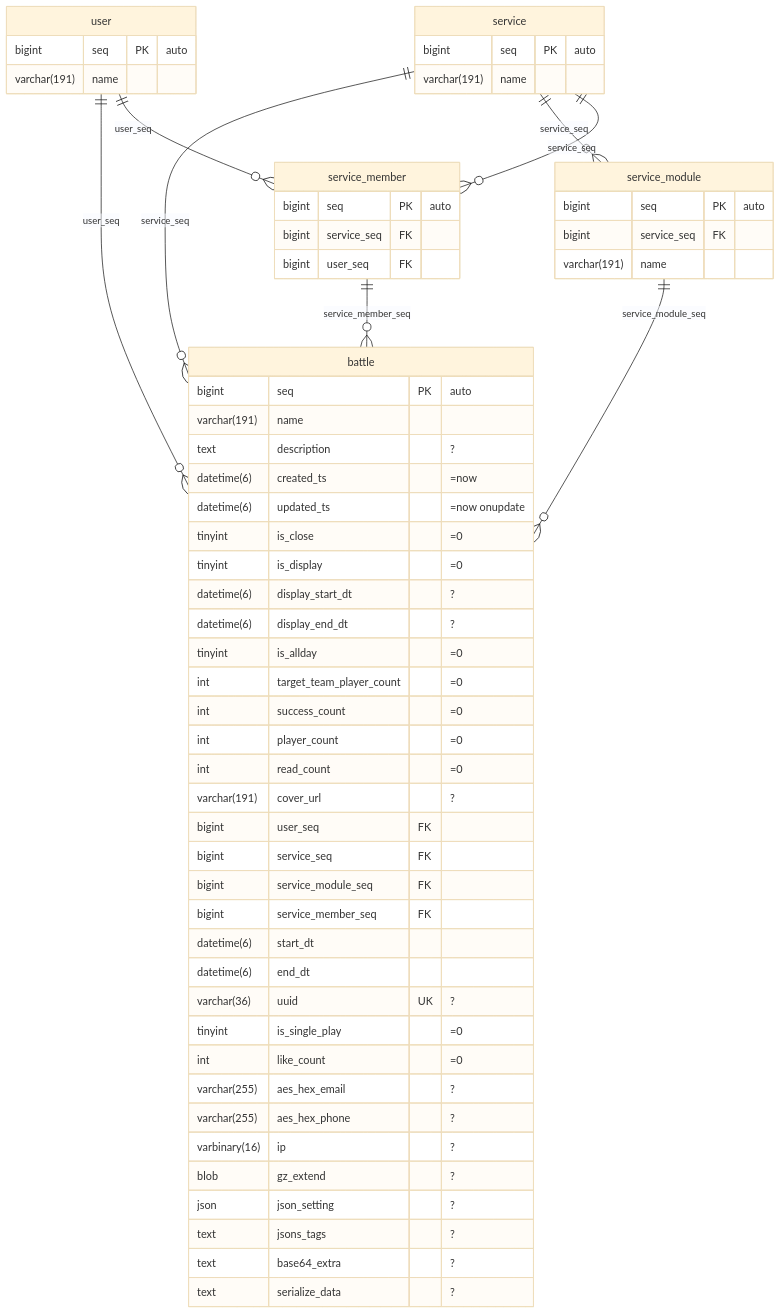
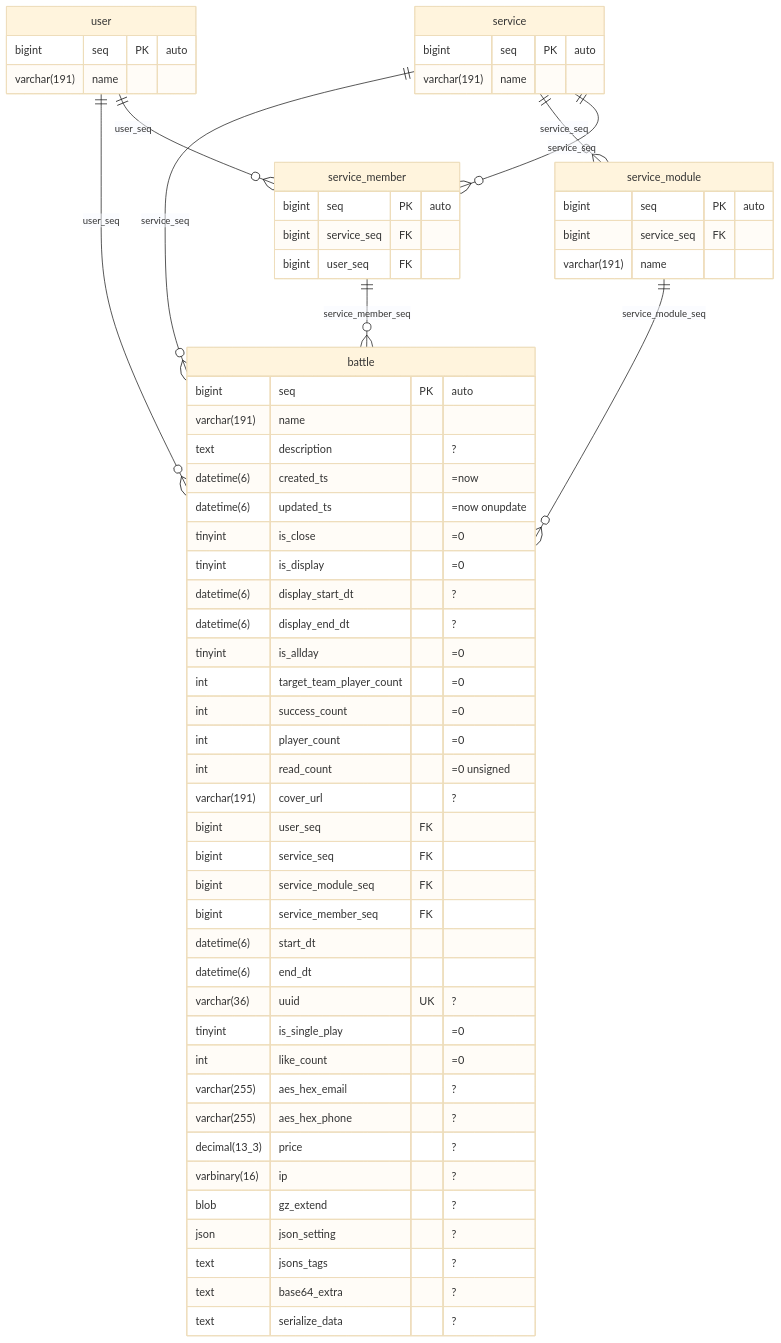
One commit to polyspec/orm changed the diagram in schema/bench.mmd. Above: the diagram before and after it, drawn with Mermaid (base theme). The commit also changed 22 other files, not shown here.

Commit message:
feat: S2 vectors: relations (4 levels, ordered one, if_parent, empty, off-join, paginate, key_by), types round-trip (datetime(6), bool, int/unsigned max, decimal, empty json); unsigned ints as i64; conformance 30x3 identical

```diff
--- a/schema/bench.mmd
+++ b/schema/bench.mmd
@@ -1,65 +1,66 @@
 erDiagram
   battle {
     bigint        seq                      PK  "auto"
     varchar(191)  name
     text          description                  "?"
     datetime(6)   created_ts                   "=now"
     datetime(6)   updated_ts                   "=now onupdate"
     tinyint       is_close                     "=0"
     tinyint       is_display                   "=0"
     datetime(6)   display_start_dt             "?"
     datetime(6)   display_end_dt               "?"
     tinyint       is_allday                    "=0"
     int           target_team_player_count     "=0"
     int           success_count                "=0"
     int           player_count                 "=0"
-    int           read_count                   "=0"
+    int           read_count                   "=0 unsigned"
     varchar(191)  cover_url                    "?"
     bigint        user_seq                 FK
     bigint        service_seq              FK
     bigint        service_module_seq       FK
     bigint        service_member_seq       FK
     datetime(6)   start_dt
     datetime(6)   end_dt
     varchar(36)   uuid                     UK  "?"
     tinyint       is_single_play               "=0"
     int           like_count                   "=0"
     varchar(255)  aes_hex_email                "?"
     varchar(255)  aes_hex_phone                "?"
+    decimal(13_3) price                        "?"
     varbinary(16) ip                           "?"
     blob          gz_extend                    "?"
     json          json_setting                 "?"
     text          jsons_tags                   "?"
     text          base64_extra                 "?"
     text          serialize_data               "?"
   }
   user {
     bigint        seq   PK "auto"
     varchar(191)  name
   }
   service {
     bigint        seq   PK "auto"
     varchar(191)  name
   }
   service_module {
     bigint        seq   PK "auto"
     bigint        service_seq FK
     varchar(191)  name
   }
   service_member {
     bigint        seq   PK "auto"
     bigint        service_seq FK
     bigint        user_seq    FK
   }
 
   user           ||--o{ battle         : user_seq
   service        ||--o{ battle         : service_seq
   service_module ||--o{ battle         : service_module_seq
   service_member ||--o{ battle         : service_member_seq
   service        ||--o{ service_module : service_seq
   service        ||--o{ service_member : service_seq
   user           ||--o{ service_member : user_seq
 
   %% index battle (service_module_seq, is_close, is_display, is_allday) ik
   %% index battle (service_seq, is_close) ix_service
   %% index battle (user_seq, is_close) ix_user
```
